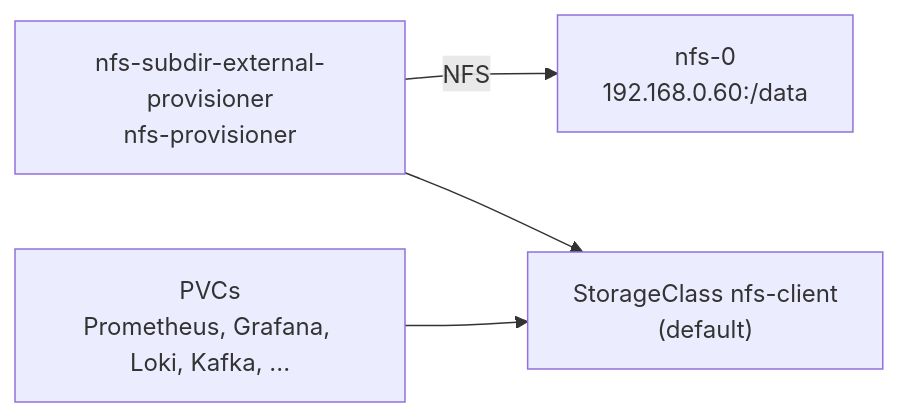
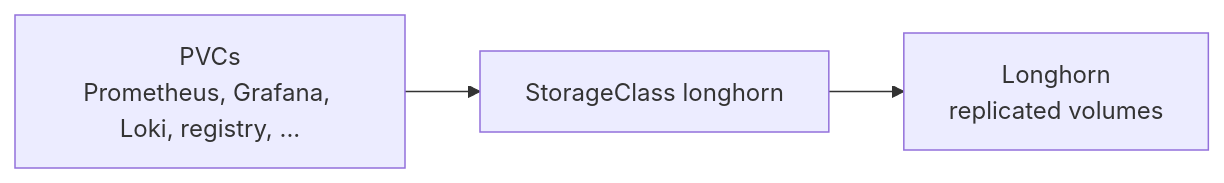
The fourth of 5 diagrams in docs/architecture.md (DTLP/homelab), drawn with Mermaid before and after one commit. The commit also changed other lines of this file and 22 other files, not shown here.

````diff
--- a/docs/architecture.md
+++ b/docs/architecture.md
@@ -121,11 +118,5 @@
 ```mermaid
 flowchart LR
-    NFS["nfs-0<br/>192.168.0.60:/data"]
-
-    Prov["nfs-subdir-external-provisioner<br/>nfs-provisioner"] -->|NFS| NFS
-
-    SC["StorageClass nfs-client<br/>(default)"]
-    Prov --> SC
-
-    PVC["PVCs<br/>Prometheus, Grafana, Loki, Kafka, ..."] --> SC
+    PVC["PVCs<br/>Prometheus, Grafana, Loki, registry, ..."] --> SC["StorageClass longhorn"]
+    SC --> LH["Longhorn<br/>replicated volumes"]
 ```
````
